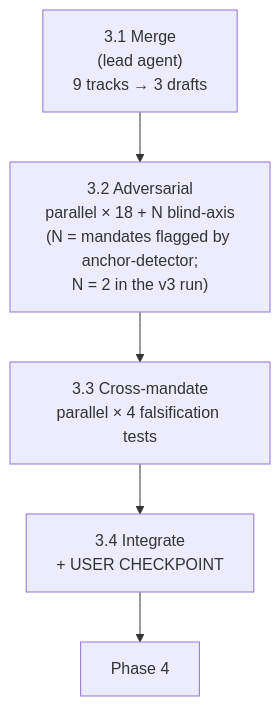
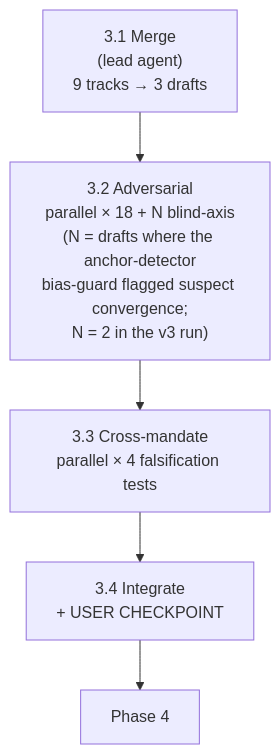
Before and after one commit to lago-morph/software-factory: the fifth of 11 diagrams in research-plan-v3-primer.md, drawn with Mermaid. The commit also changed other lines of this file, not shown here.

````diff
--- a/research-plan-v3-primer.md
+++ b/research-plan-v3-primer.md
@@ -124,8 +124,8 @@
 ```mermaid
 flowchart TB
     P31["3.1 Merge<br/>(lead agent)<br/>9 tracks → 3 drafts"] --> P32
-    P32["3.2 Adversarial<br/>parallel × 18 + N blind-axis<br/>(N = mandates flagged by anchor-detector;<br/>N = 2 in the v3 run)"] --> P33
+    P32["3.2 Adversarial<br/>parallel × 18 + N blind-axis<br/>(N = drafts where the anchor-detector<br/>bias-guard flagged suspect convergence;<br/>N = 2 in the v3 run)"] --> P33
     P33["3.3 Cross-mandate<br/>parallel × 4 falsification tests"] --> P34
     P34["3.4 Integrate<br/>+ USER CHECKPOINT"] --> P4
     P4["Phase 4"]
 ```
````
